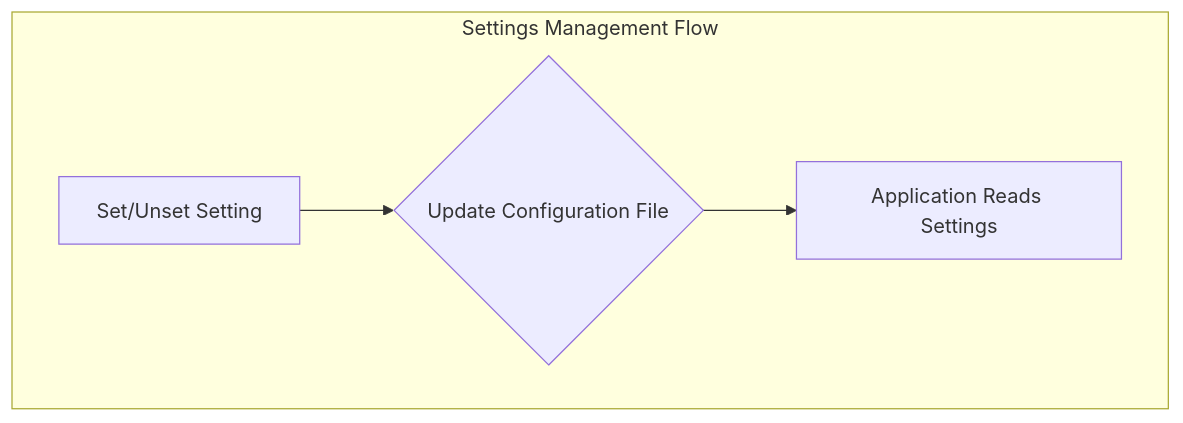
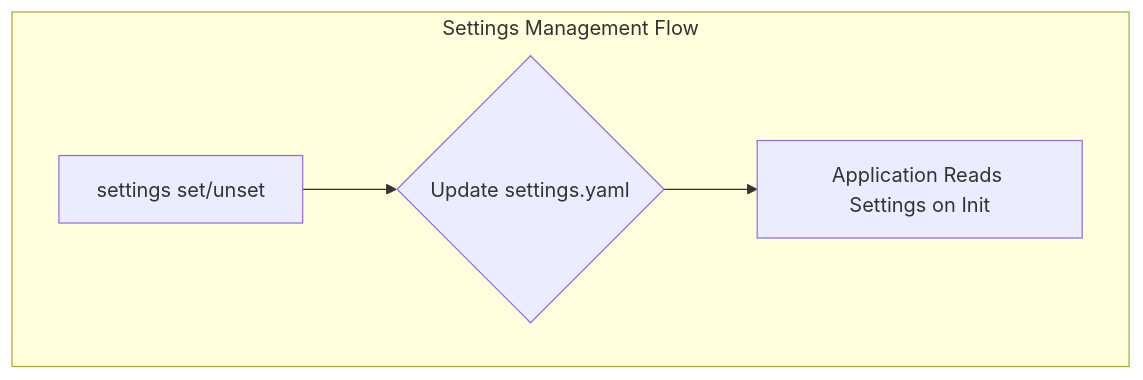
Before and after one commit to mdonmez/moves: the fourth of 4 diagrams in docs/overview.md, drawn with Mermaid. The commit also changed other lines of this file and 10 other files, not shown here.

````diff
--- a/docs/overview.md
+++ b/docs/overview.md
@@ -96,7 +98,7 @@
 ```mermaid
 graph TD
     subgraph Settings Management Flow
-        A[Set/Unset Setting] --> B{Update Configuration File};
-        B --> C[Application Reads Settings];
+        A[settings set/unset] --> B{Update settings.yaml};
+        B --> C[Application Reads Settings on Init];
     end
 ```
````
